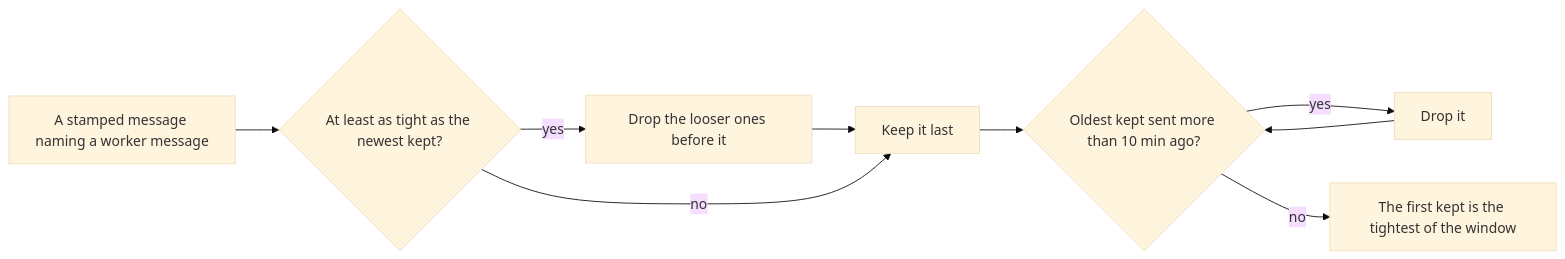
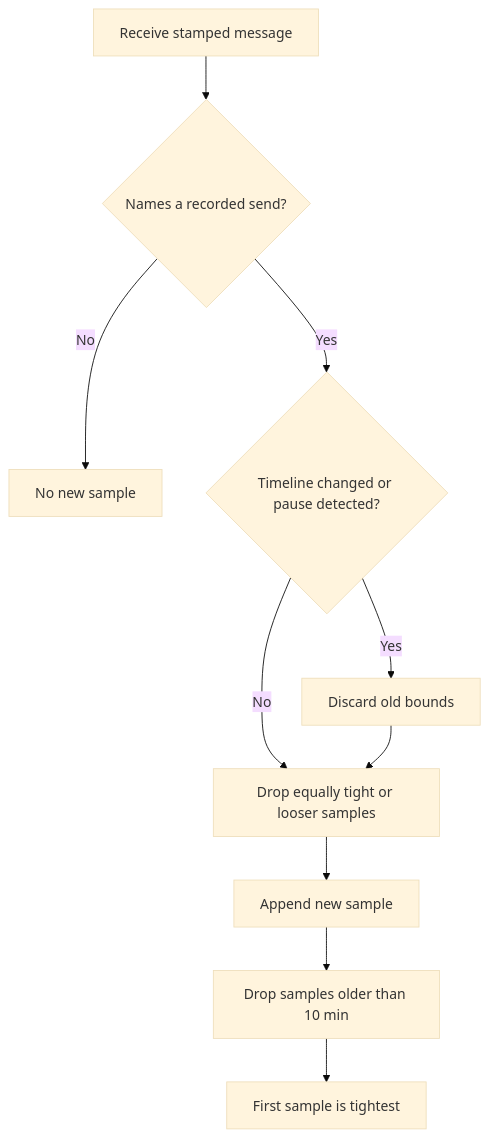
The second of 2 diagrams in docs/03-guide/17-master-clock.md (ptutak/schedr), drawn with Mermaid (base theme) before and after one commit. The commit also changed other lines of this file and 8 other files, not shown here.

````diff
--- a/docs/03-guide/17-master-clock.md
+++ b/docs/03-guide/17-master-clock.md
@@ -57,9 +58,12 @@
-```{mermaid}
-flowchart LR
-    newSample[A stamped message naming a worker message] --> tighter{At least as tight as the newest kept?}
-    tighter -->|yes| dropLoose[Drop the looser ones before it] --> keep[Keep it last]
-    tighter -->|no| keep
-    keep --> old{Oldest kept sent more than 10 min ago?}
-    old -->|yes| dropOld[Drop it] --> old
-    old -->|no| best[The first kept is the tightest of the window]
+```mermaid
+flowchart TD
+    Sample[Receive stamped message] --> Match{Names a recorded send?}
+    Match -->|No| Ignore[No new sample]
+    Match -->|Yes| Invalid{Timeline changed or pause detected?}
+    Invalid -->|Yes| Clear[Discard old bounds]
+    Invalid -->|No| Tight
+    Clear --> Tight[Drop equally tight or looser samples]
+    Tight --> Keep[Append new sample]
+    Keep --> Age[Drop samples older than 10 min]
+    Age --> Best[First sample is tightest]
 ```
````
